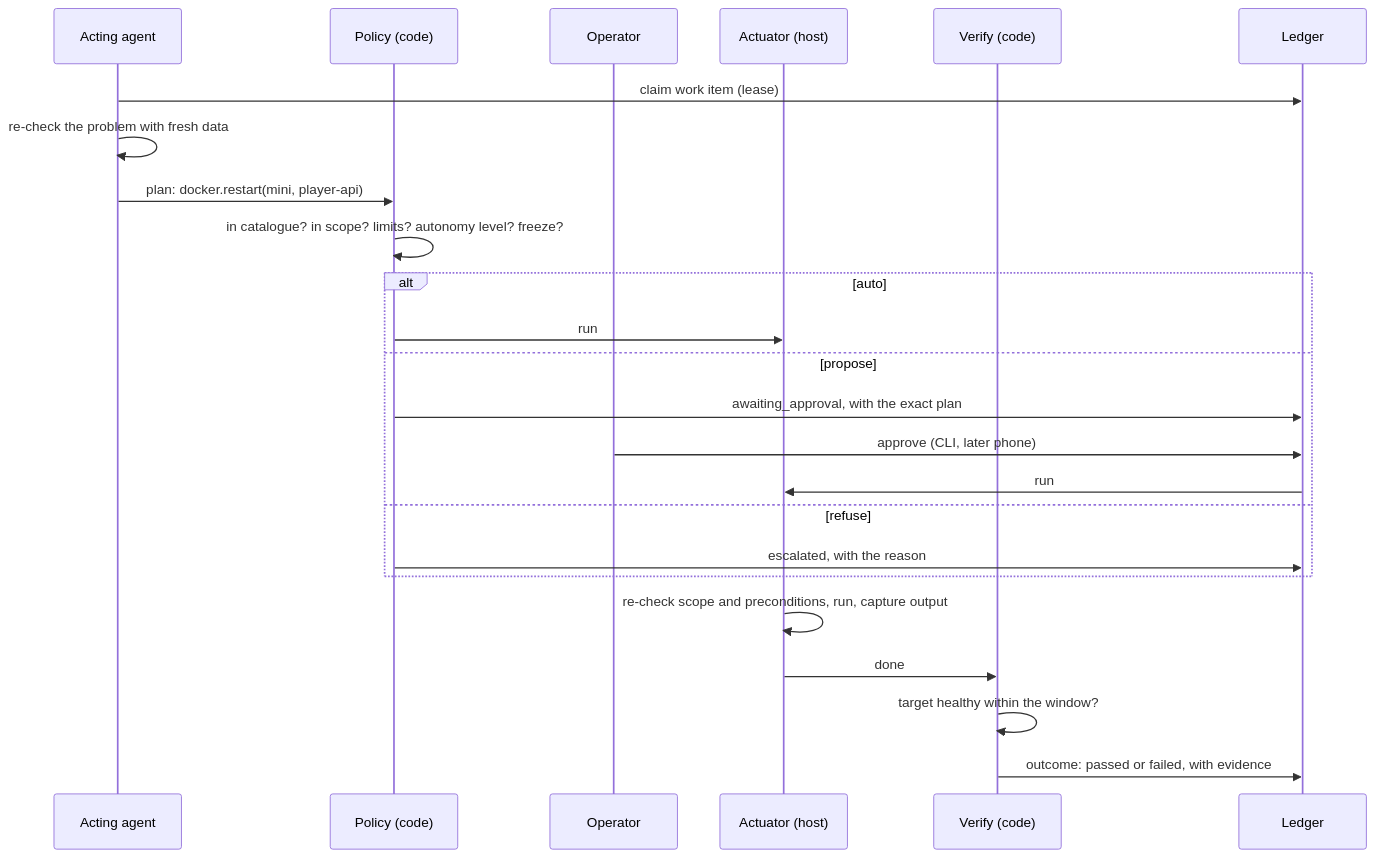
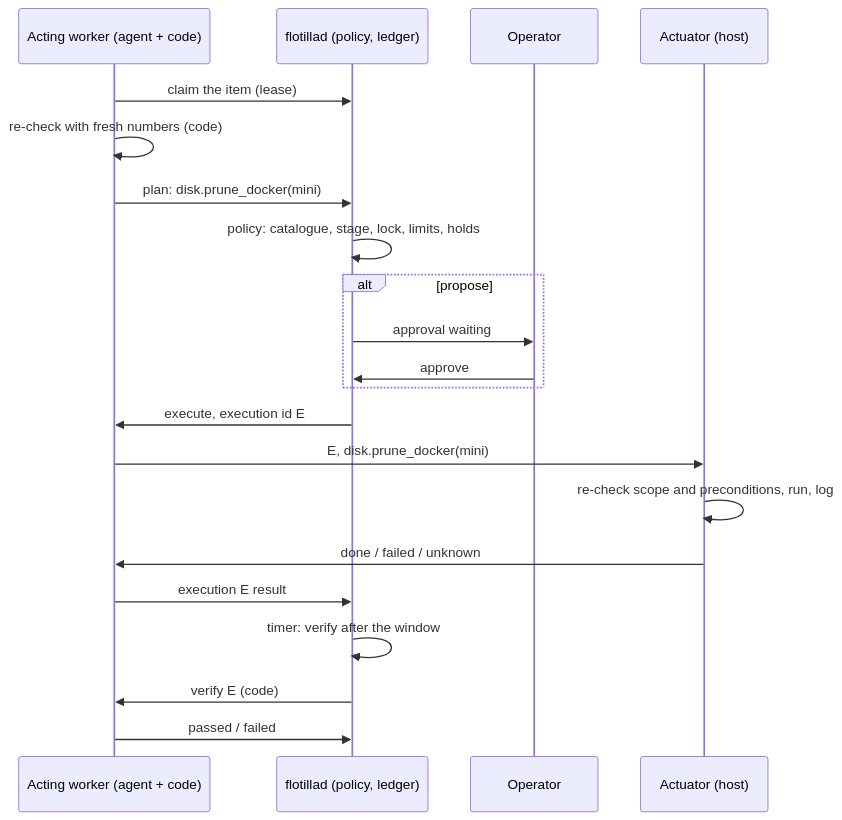
Before and after one commit to chipi/flotilla: the second of 9 diagrams in docs/rfc/RFC-0004-agent-pipeline.md, drawn with Mermaid. The commit also changed other lines of this file, not shown here.

First line of the commit message:
docs(rfc): RFC-0004 revision 2, after the advisor's review

````diff
--- a/docs/rfc/RFC-0004-agent-pipeline.md
+++ b/docs/rfc/RFC-0004-agent-pipeline.md
@@ -168,26 +213,23 @@
 ```mermaid
 sequenceDiagram
-    participant A as Acting agent
-    participant P as Policy (code)
+    participant A as Acting worker (agent + code)
+    participant F as flotillad (policy, ledger)
     participant Op as Operator
     participant X as Actuator (host)
-    participant V as Verify (code)
-    participant L as Ledger
-    A->>L: claim work item (lease)
-    A->>A: re-check the problem with fresh data
-    A->>P: plan: docker.restart(mini, player-api)
-    P->>P: in catalogue? in scope? limits? autonomy level? freeze?
-    alt auto
-        P->>X: run
-    else propose
-        P->>L: awaiting_approval, with the exact plan
-        Op->>L: approve (CLI, later phone)
-        L->>X: run
-    else refuse
-        P->>L: escalated, with the reason
+    A->>F: claim the item (lease)
+    A->>A: re-check with fresh numbers (code)
+    A->>F: plan: disk.prune_docker(mini)
+    F->>F: policy: catalogue, stage, lock, limits, holds
+    alt propose
+        F->>Op: approval waiting
+        Op->>F: approve
     end
-    X->>X: re-check scope and preconditions, run, capture output
-    X->>V: done
-    V->>V: target healthy within the window?
-    V->>L: outcome: passed or failed, with evidence
+    F->>A: execute, execution id E
+    A->>X: E, disk.prune_docker(mini)
+    X->>X: re-check scope and preconditions, run, log
+    X->>A: done / failed / unknown
+    A->>F: execution E result
+    F->>F: timer: verify after the window
+    F->>A: verify E (code)
+    A->>F: passed / failed
 ```
````
